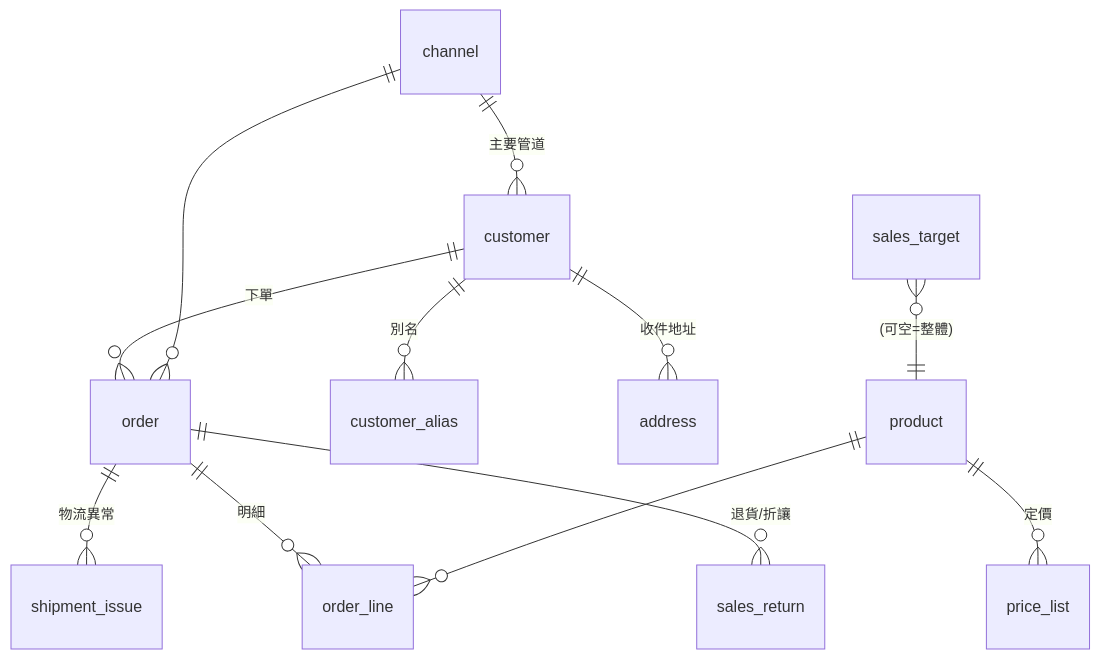
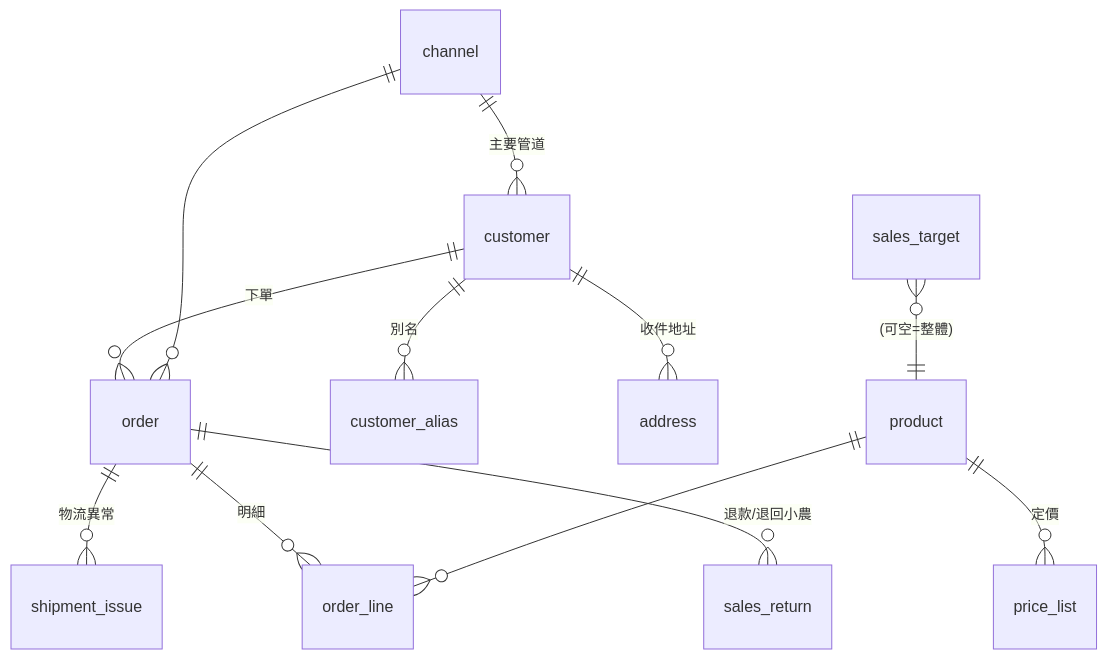
Before and after one commit to chihsuanwang/Jun-Shuo: the second of 2 diagrams in app/docs/系統文件.md, drawn with Mermaid. The commit also changed other lines of this file and 127 other files, not shown here.

First line of the commit message:
手冊與截圖全部跟上同仁回饋第一輪(貿易公司模式等),新增待辦清單

````diff
--- a/app/docs/系統文件.md
+++ b/app/docs/系統文件.md
@@ -53,14 +53,14 @@
 ```mermaid
 erDiagram
     channel     ||--o{ customer     : "主要管道"
     channel     ||--o{ "order"      : ""
     customer    ||--o{ customer_alias: "別名"
     customer    ||--o{ address       : "收件地址"
     customer    ||--o{ "order"       : "下單"
     product     ||--o{ price_list    : "定價"
     product     ||--o{ order_line    : ""
     "order"     ||--o{ order_line    : "明細"
     "order"     ||--o{ shipment_issue: "物流異常"
-    "order"     ||--o{ sales_return  : "退貨/折讓"
+    "order"     ||--o{ sales_return  : "退款/退回小農"
     sales_target }o--|| product      : "(可空=整體)"
 ```
````
